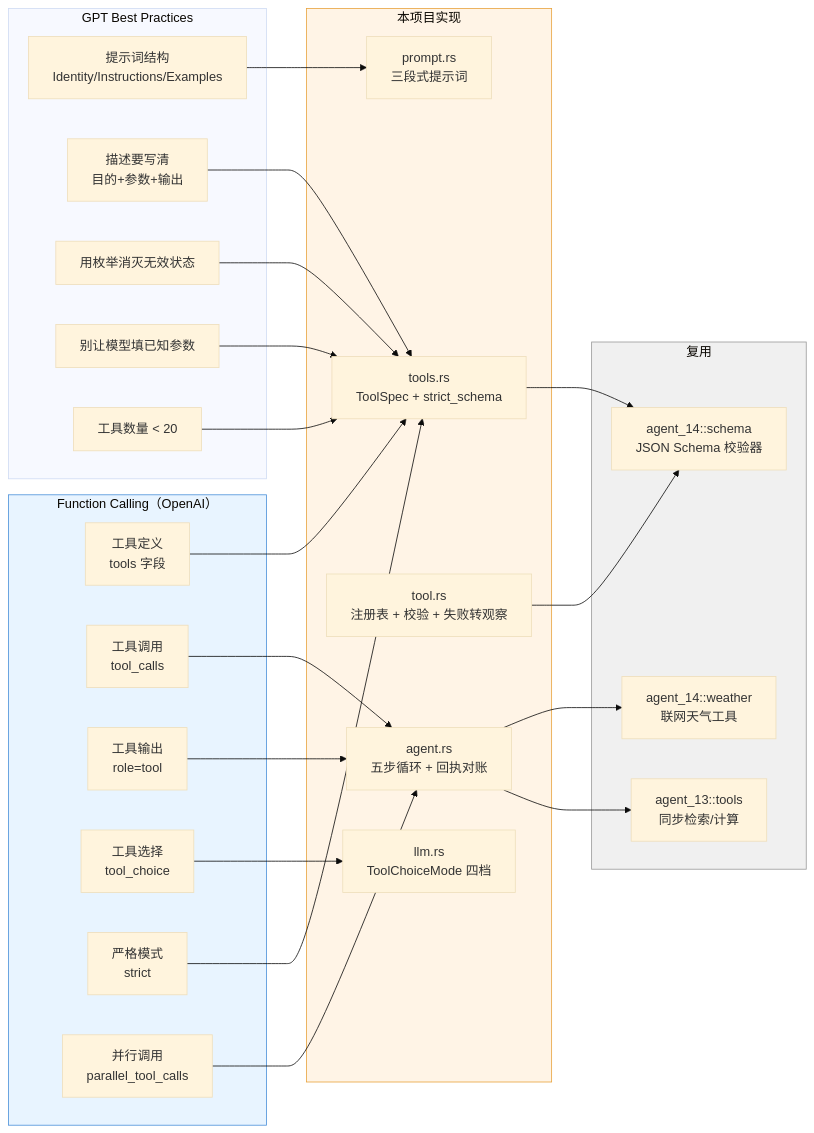
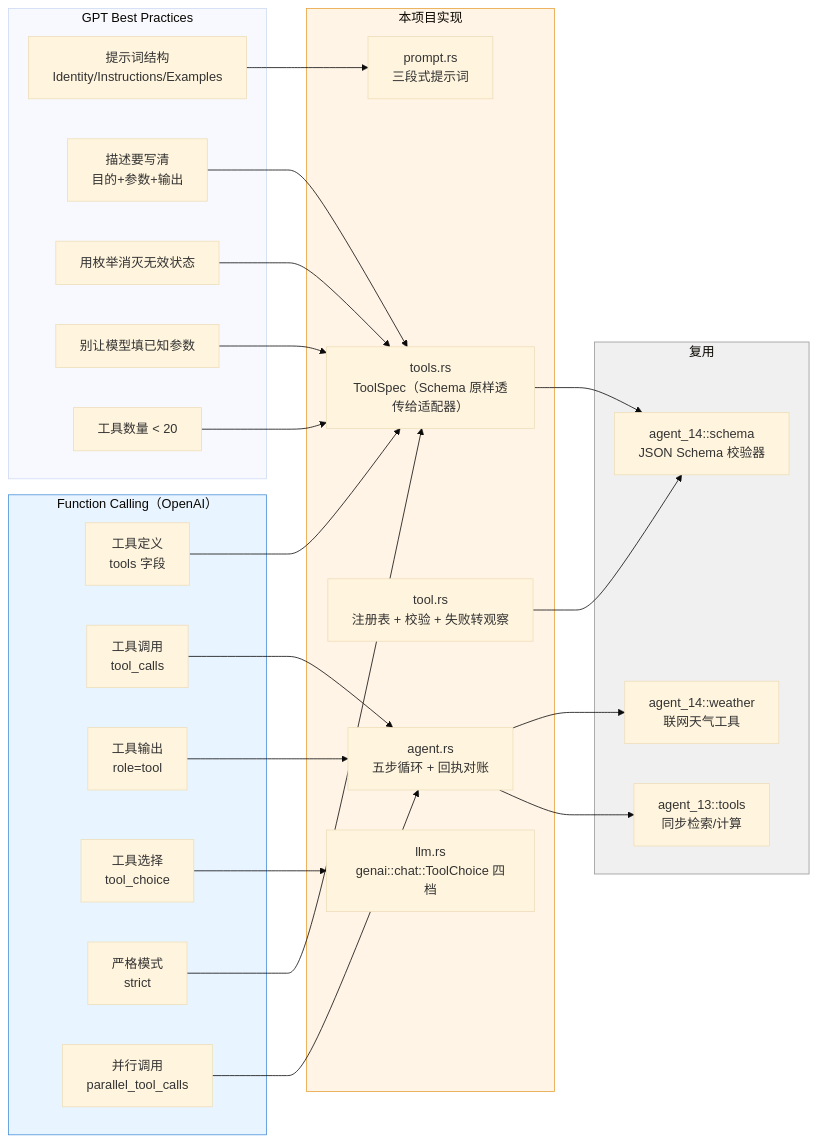
One commit to heheshang/agent-learn changed diagram 11 of 11 in 16-agent-function-calling/README.md. Above: the diagram before and after it, drawn with Mermaid (base theme). The commit also changed other lines of this file and 33 other files, not shown here.

````diff
--- a/16-agent-function-calling/README.md
+++ b/16-agent-function-calling/README.md
@@ -727,53 +765,53 @@
 ```mermaid
 graph LR
     subgraph FC["Function Calling（OpenAI）"]
         FC1["工具定义<br/>tools 字段"]
         FC2["工具调用<br/>tool_calls"]
         FC3["工具输出<br/>role=tool"]
         FC4["工具选择<br/>tool_choice"]
         FC5["严格模式<br/>strict"]
         FC6["并行调用<br/>parallel_tool_calls"]
     end
 
     subgraph GPT["GPT Best Practices"]
         G1["提示词结构<br/>Identity/Instructions/Examples"]
         G2["描述要写清<br/>目的+参数+输出"]
         G3["用枚举消灭无效状态"]
         G4["别让模型填已知参数"]
         G5["工具数量 < 20"]
     end
 
     subgraph IMPL["本项目实现"]
-        I1["tools.rs<br/>ToolSpec + strict_schema"]
+        I1["tools.rs<br/>ToolSpec（Schema 原样透传给适配器）"]
         I2["agent.rs<br/>五步循环 + 回执对账"]
         I3["tool.rs<br/>注册表 + 校验 + 失败转观察"]
-        I4["llm.rs<br/>ToolChoiceMode 四档"]
+        I4["llm.rs<br/>genai::chat::ToolChoice 四档"]
         I5["prompt.rs<br/>三段式提示词"]
     end
 
     subgraph REUSE["复用"]
         R1["agent_14::schema<br/>JSON Schema 校验器"]
         R2["agent_14::weather<br/>联网天气工具"]
         R3["agent_13::tools<br/>同步检索/计算"]
     end
 
     FC1 --> I1
     FC2 --> I2
     FC3 --> I2
     FC4 --> I4
     FC5 --> I1
     FC6 --> I2
     G1 --> I5
     G2 --> I1
     G3 --> I1
     G4 --> I1
     G5 --> I1
     I1 --> R1
     I3 --> R1
     I2 --> R2
     I2 --> R3
 
     style FC fill:#e8f4ff,stroke:#4a90d9
     style IMPL fill:#fff4e6,stroke:#e8a33d
     style REUSE fill:#f0f0f0,stroke:#999
 ```
````
